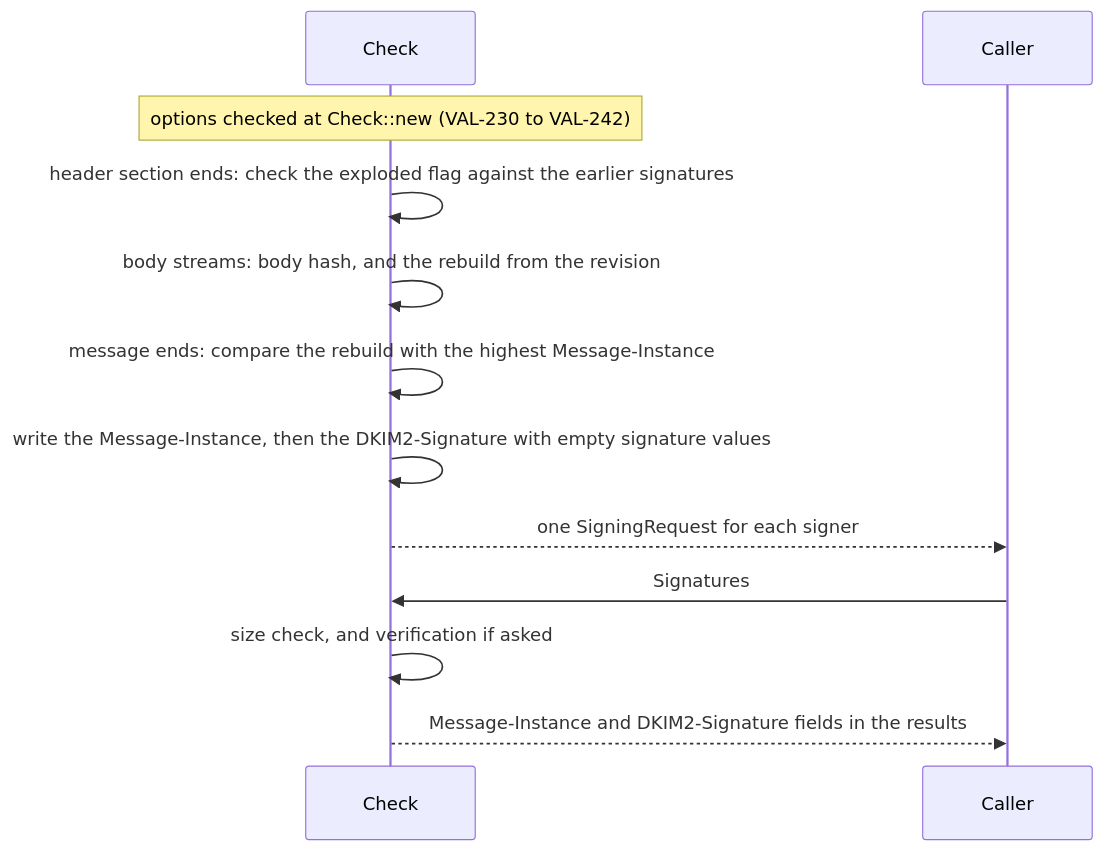
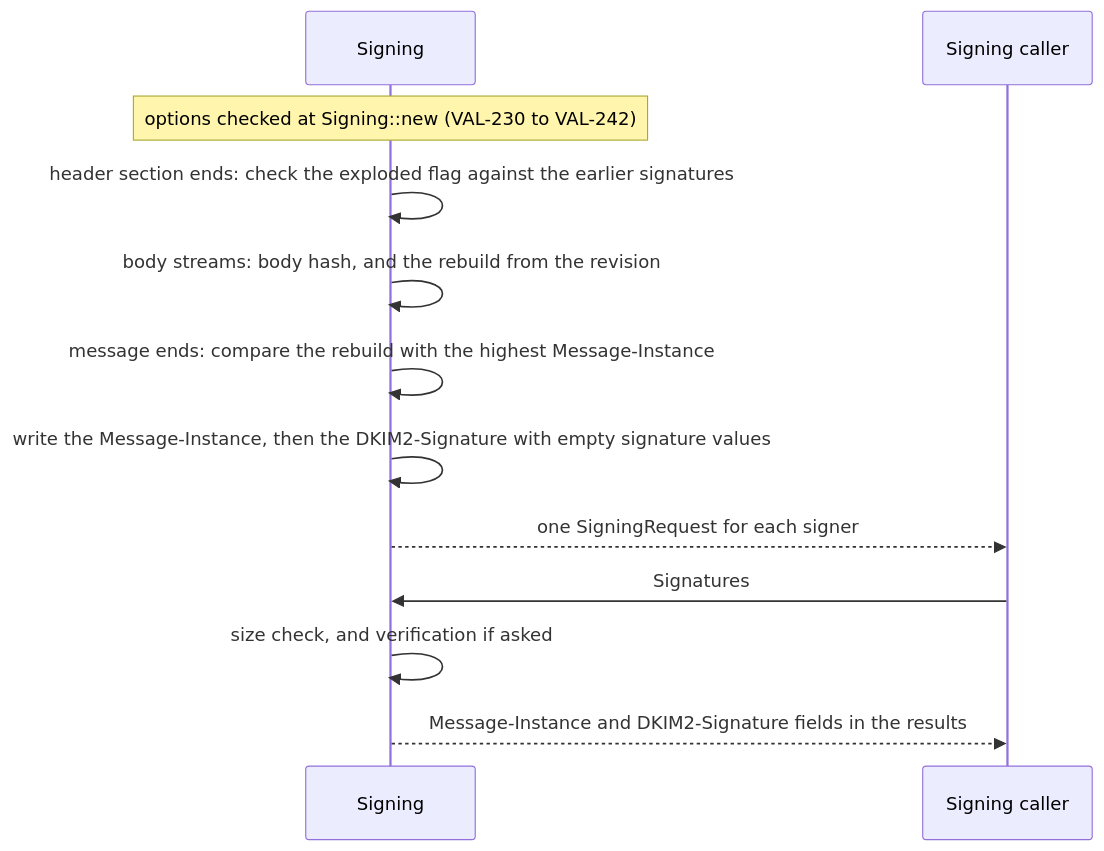
Before and after one commit to photom/hallmark: the third of 3 diagrams in docs/reference/design/dkim2.md, drawn with Mermaid. The commit also changed 48 other files, not shown here.

First line of the commit message:
Give the signing caller its own entry type, Signing, apart from Check (#19)

````diff
--- a/docs/reference/design/dkim2.md
+++ b/docs/reference/design/dkim2.md
@@ -91,14 +91,14 @@
 ```mermaid
 sequenceDiagram
-    participant Check
-    participant Caller
-    Note over Check: options checked at Check::new (VAL-230 to VAL-242)
-    Check->>Check: header section ends: check the exploded flag against the earlier signatures
-    Check->>Check: body streams: body hash, and the rebuild from the revision
-    Check->>Check: message ends: compare the rebuild with the highest Message-Instance
-    Check->>Check: write the Message-Instance, then the DKIM2-Signature with empty signature values
-    Check-->>Caller: one SigningRequest for each signer
-    Caller->>Check: Signatures
-    Check->>Check: size check, and verification if asked
-    Check-->>Caller: Message-Instance and DKIM2-Signature fields in the results
+    participant Signing
+    participant Caller as Signing caller
+    Note over Signing: options checked at Signing::new (VAL-230 to VAL-242)
+    Signing->>Signing: header section ends: check the exploded flag against the earlier signatures
+    Signing->>Signing: body streams: body hash, and the rebuild from the revision
+    Signing->>Signing: message ends: compare the rebuild with the highest Message-Instance
+    Signing->>Signing: write the Message-Instance, then the DKIM2-Signature with empty signature values
+    Signing-->>Caller: one SigningRequest for each signer
+    Caller->>Signing: Signatures
+    Signing->>Signing: size check, and verification if asked
+    Signing-->>Caller: Message-Instance and DKIM2-Signature fields in the results
 ```
````
